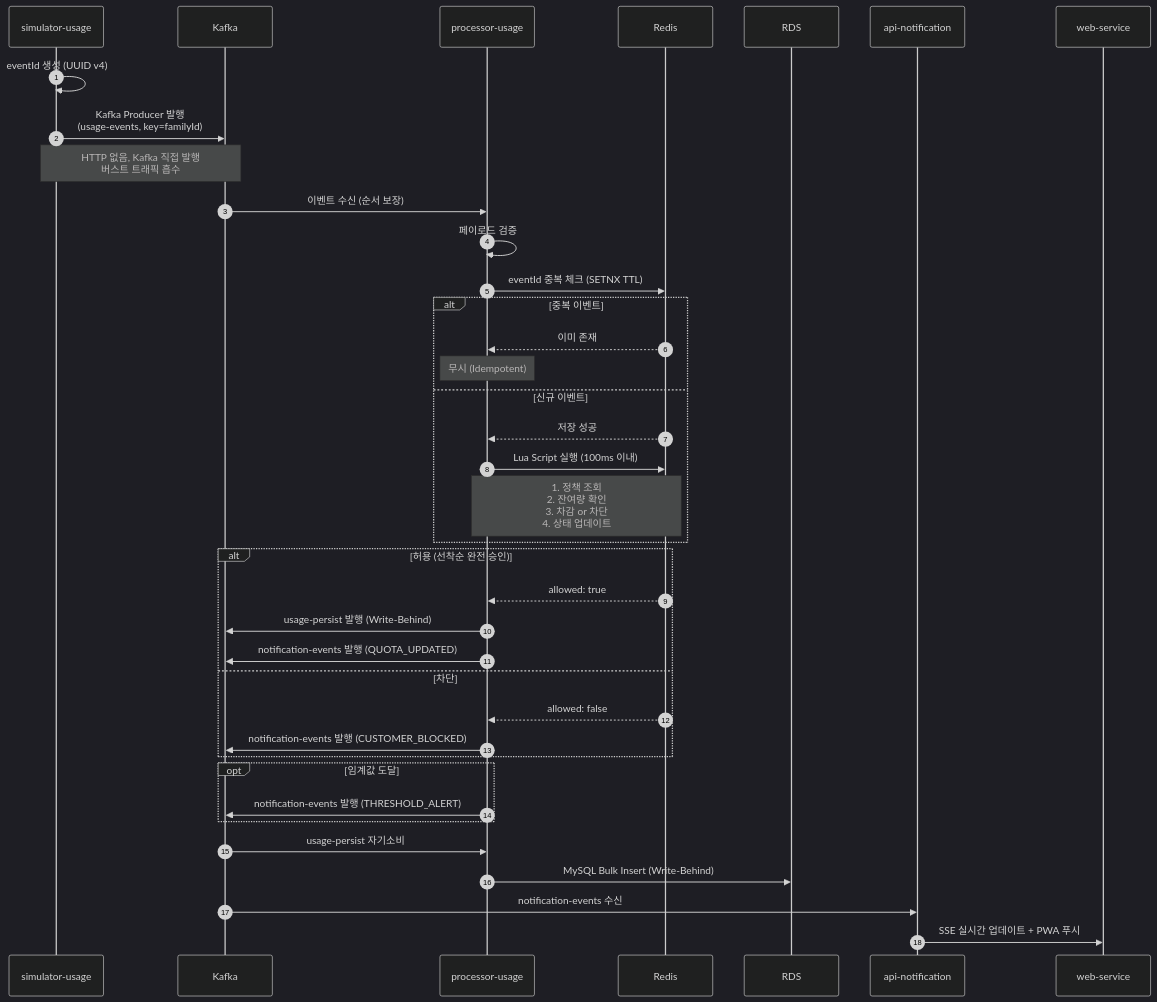
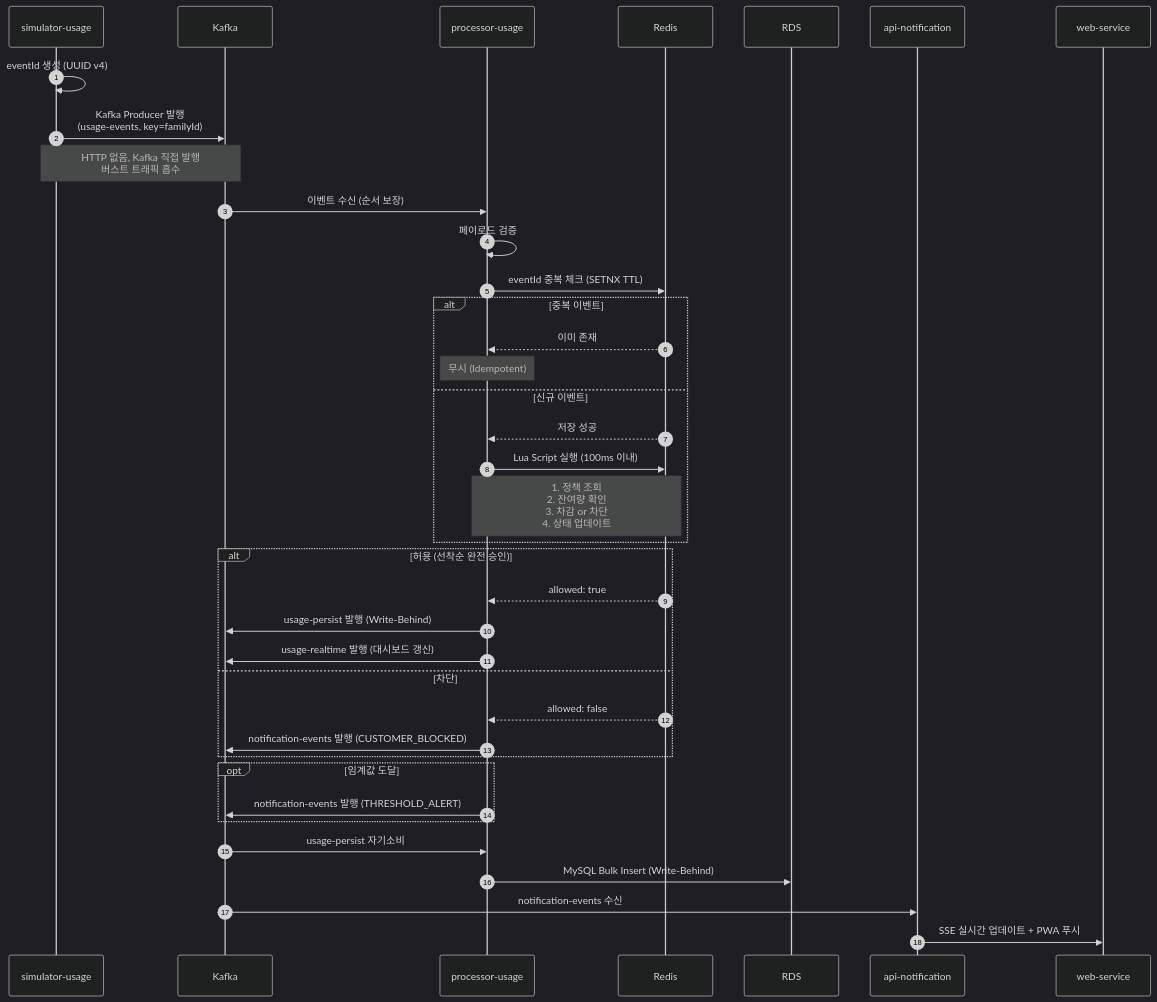
Before and after one commit to da-bom/.github: the fourth of 12 diagrams in profile/README.md, drawn with Mermaid (dark theme). The commit also changed other lines of this file, not shown here.

````diff
--- a/profile/README.md
+++ b/profile/README.md
@@ -1100,45 +1085,45 @@
 ```mermaid
 sequenceDiagram
     autonumber
     participant TG as simulator-usage
     participant KF as Kafka
     participant UP as processor-usage
     participant RD as Redis
     participant DB as RDS
     participant AN as api-notification
     participant WS as web-service
 
     TG->>TG: eventId 생성 (UUID v4)
     TG->>KF: Kafka Producer 발행<br/>(usage-events, key=familyId)
     Note over TG,KF: HTTP 없음, Kafka 직접 발행<br/>버스트 트래픽 흡수
     KF->>UP: 이벤트 수신 (순서 보장)
     UP->>UP: 페이로드 검증
     UP->>RD: eventId 중복 체크 (SETNX TTL)
 
     alt 중복 이벤트
         RD-->>UP: 이미 존재
         Note over UP: 무시 (Idempotent)
     else 신규 이벤트
         RD-->>UP: 저장 성공
         UP->>RD: Lua Script 실행 (100ms 이내)
         Note over UP,RD: 1. 정책 조회<br/>2. 잔여량 확인<br/>3. 차감 or 차단<br/>4. 상태 업데이트
     end
 
     alt 허용 (선착순 완전 승인)
         RD-->>UP: allowed: true
         UP->>KF: usage-persist 발행 (Write-Behind)
-        UP->>KF: notification-events 발행 (QUOTA_UPDATED)
+        UP->>KF: usage-realtime 발행 (대시보드 갱신)
     else 차단
         RD-->>UP: allowed: false
         UP->>KF: notification-events 발행 (CUSTOMER_BLOCKED)
     end
 
     opt 임계값 도달
         UP->>KF: notification-events 발행 (THRESHOLD_ALERT)
     end
 
     KF->>UP: usage-persist 자기소비
     UP->>DB: MySQL Bulk Insert (Write-Behind)
     KF->>AN: notification-events 수신
     AN->>WS: SSE 실시간 업데이트 + PWA 푸시
 ```
````
